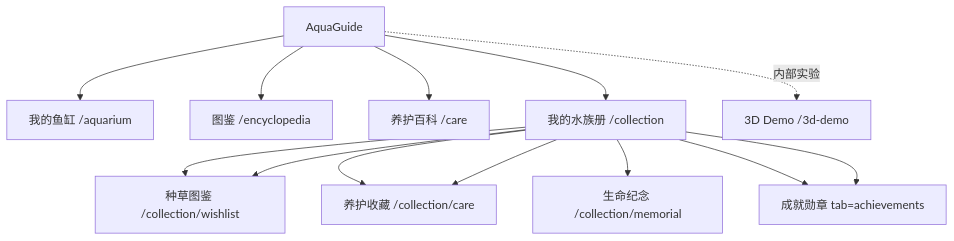
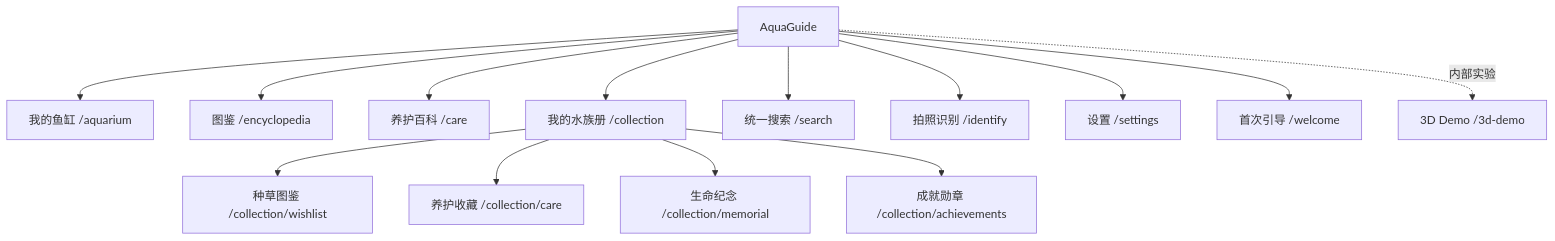
The diagram in docs/02-design/INFORMATION_ARCHITECTURE.md (chusday97/aquaguide_frontend), drawn with Mermaid before and after one commit. The commit also changed other lines of this file and 5 other files, not shown here.

````diff
--- a/docs/02-design/INFORMATION_ARCHITECTURE.md
+++ b/docs/02-design/INFORMATION_ARCHITECTURE.md
@@ -7,15 +7,16 @@
 ```mermaid
 flowchart TD
   A["AquaGuide"] --> B["我的鱼缸 /aquarium"]
   A --> C["图鉴 /encyclopedia"]
   A --> D["养护百科 /care"]
   A --> E["我的水族册 /collection"]
-  E --> E1["种草 tab=wishlist"]
-  E --> E2["养护收藏 tab=care"]
   E --> E1["种草图鉴 /collection/wishlist"]
   E --> E2["养护收藏 /collection/care"]
   E --> E3["生命纪念 /collection/memorial"]
   E --> E4["成就勋章 /collection/achievements"]
-  E --> E4["成就勋章 tab=achievements"]
+  A --> S["统一搜索 /search"]
+  A --> I["拍照识别 /identify"]
+  A --> T["设置 /settings"]
+  A --> W["首次引导 /welcome"]
   A -. 内部实验 .-> X["3D Demo /3d-demo"]
 ```
````
